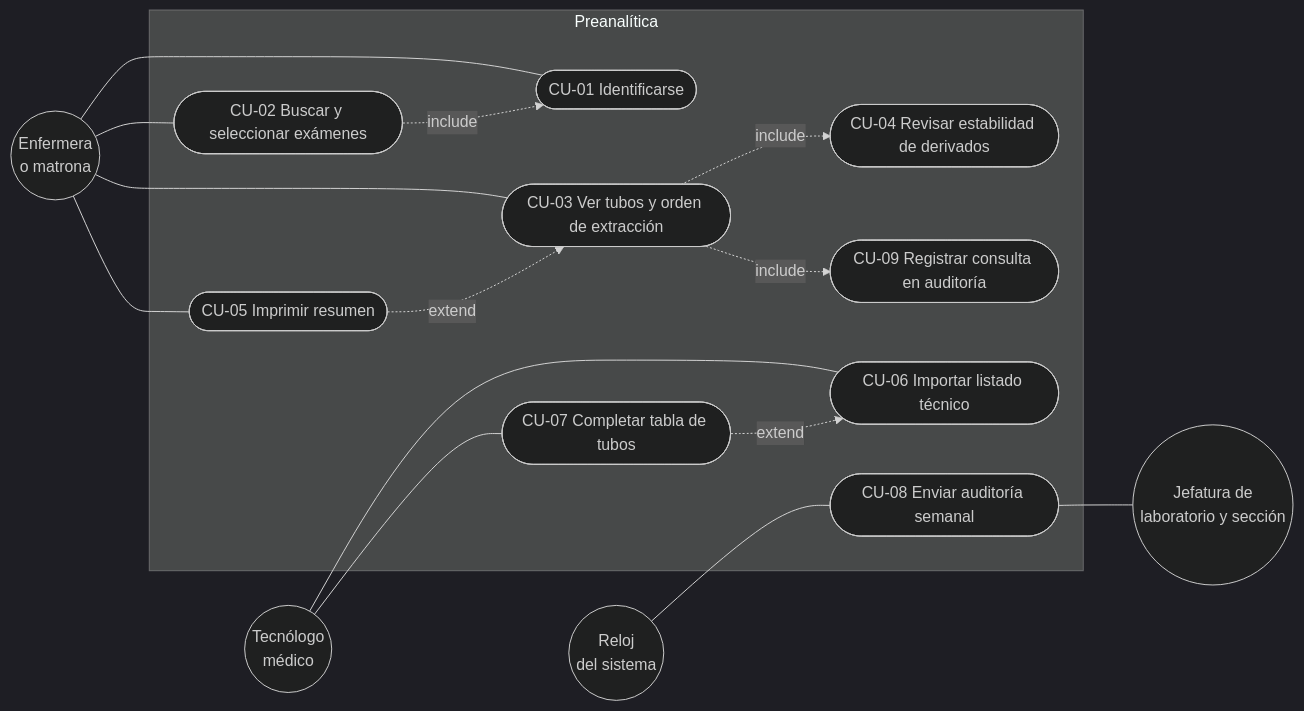
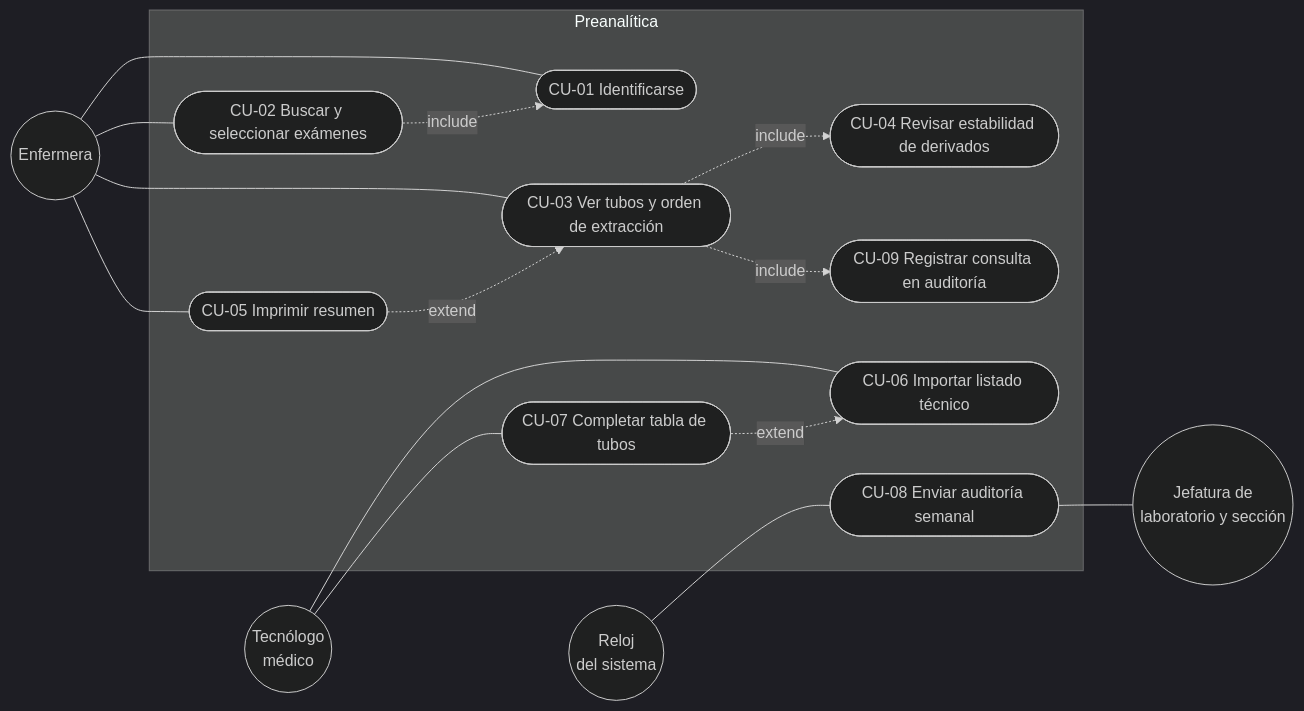
Before and after one commit to cpuniversity/preanalitica: the diagram in docs/uml/casos_de_uso.md, drawn with Mermaid (dark theme). The commit also changed other lines of this file and 6 other files, not shown here.

````diff
--- a/docs/uml/casos_de_uso.md
+++ b/docs/uml/casos_de_uso.md
@@ -9,34 +9,34 @@
 ```mermaid
 flowchart LR
-    enfermera((Enfermera<br>o matrona))
+    enfermera((Enfermera))
     tecnologo((Tecnólogo<br>médico))
     jefatura((Jefatura de<br>laboratorio y sección))
     reloj((Reloj<br>del sistema))
 
     subgraph sistema [Preanalítica]
         CU01([CU-01 Identificarse])
         CU02([CU-02 Buscar y seleccionar exámenes])
         CU03([CU-03 Ver tubos y orden de extracción])
         CU04([CU-04 Revisar estabilidad de derivados])
         CU05([CU-05 Imprimir resumen])
         CU06([CU-06 Importar listado técnico])
         CU07([CU-07 Completar tabla de tubos])
         CU08([CU-08 Enviar auditoría semanal])
         CU09([CU-09 Registrar consulta en auditoría])
     end
 
     enfermera --- CU01
     enfermera --- CU02
     enfermera --- CU03
     enfermera --- CU05
     tecnologo --- CU06
     tecnologo --- CU07
     reloj --- CU08
     CU08 --- jefatura
 
     CU03 -.->|include| CU04
     CU03 -.->|include| CU09
     CU02 -.->|include| CU01
     CU05 -.->|extend| CU03
     CU07 -.->|extend| CU06
 ```
````
